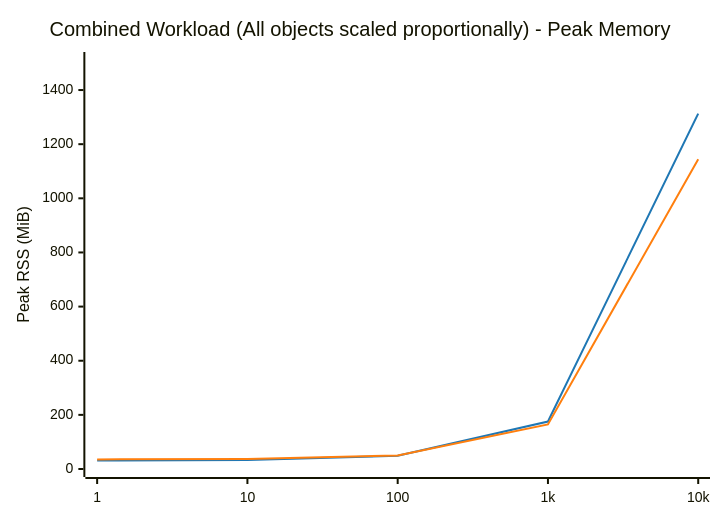
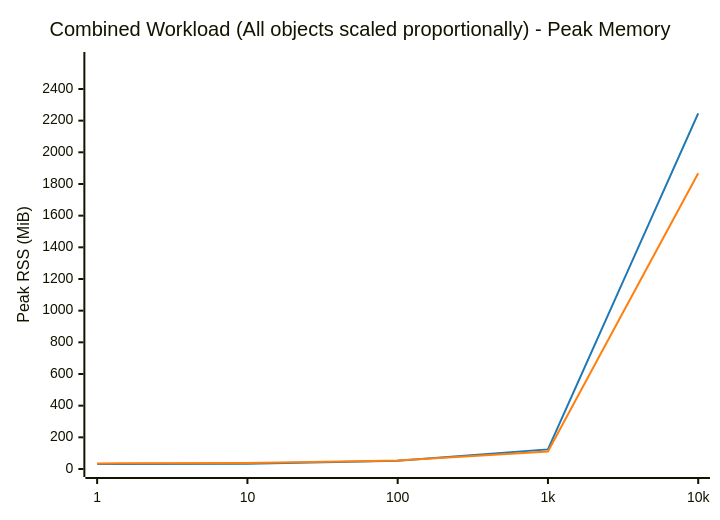
Before and after one commit to LionelJouin/ovs-ovn-bench: diagram 14 of 14 in results/BENCHMARK_REPORT.md, drawn with Mermaid. The commit also changed other lines of this file and 4 other files, not shown here.

````diff
--- a/results/BENCHMARK_REPORT.md
+++ b/results/BENCHMARK_REPORT.md
@@ -872,14 +872,14 @@
 ```mermaid
 ---
 config:
     themeVariables:
         xyChart:
             plotColorPalette: "#1f77b4, #ff7f0e"
 ---
 xychart-beta
     title "Combined Workload (All objects scaled proportionally) - Peak Memory"
     x-axis ["1", "10", "100", "1k", "10k"]
-    y-axis "Peak RSS (MiB)" 0 --> 1511
-    line "glibc malloc" [31.3, 32.9, 48.9, 175.4, 1313.1]
-    line "jemalloc" [35.5, 37.4, 49.9, 164.8, 1144.4]
+    y-axis "Peak RSS (MiB)" 0 --> 2583
+    line "glibc malloc" [31.3, 33.0, 52.2, 123.7, 2246.0]
+    line "jemalloc" [35.4, 37.2, 53.5, 110.8, 1868.2]
 ```
````
